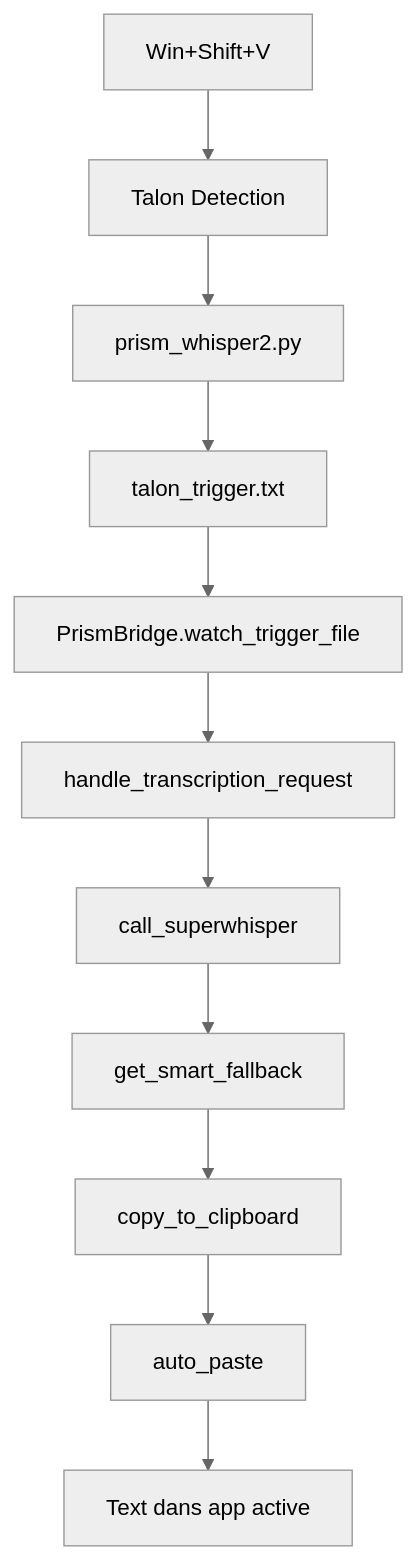
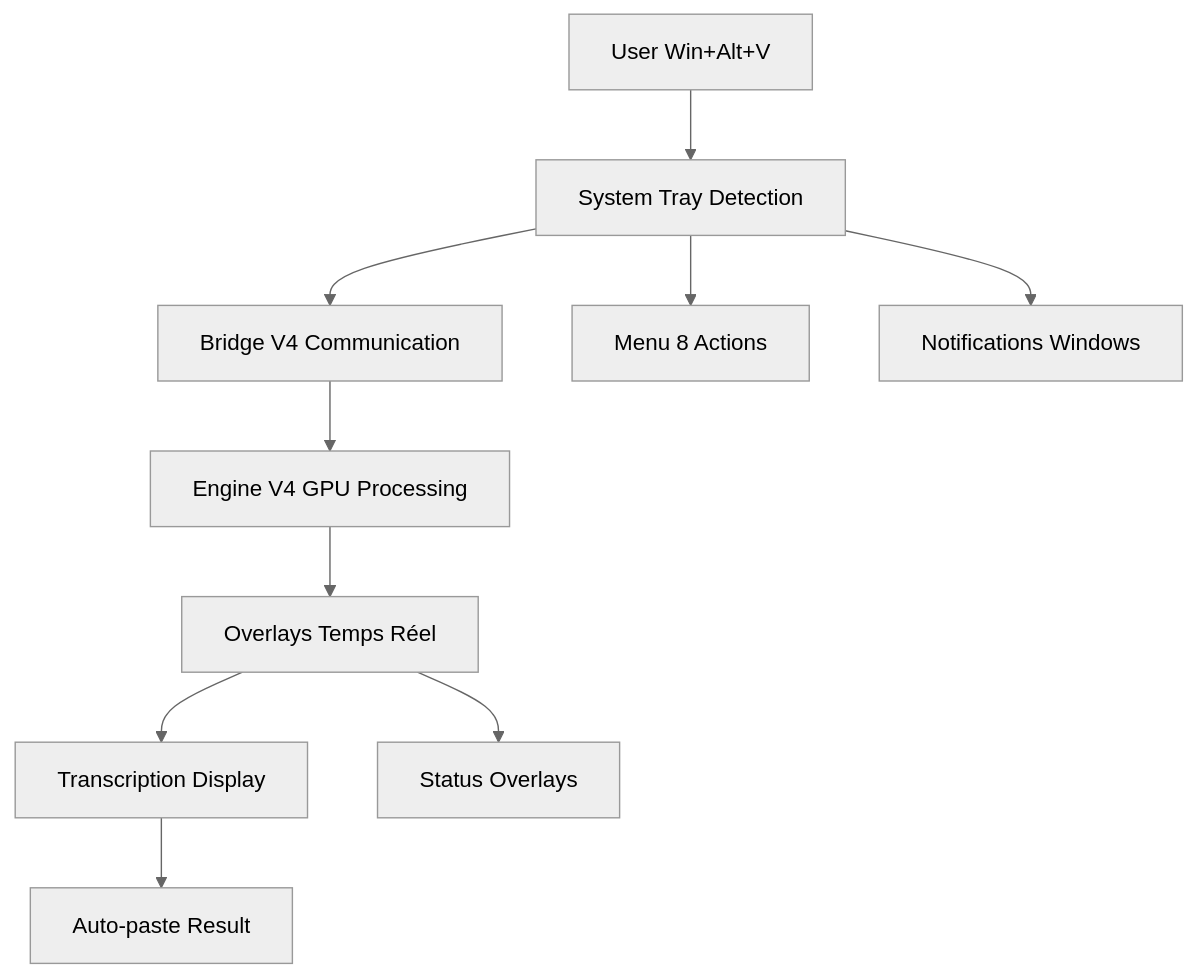
The diagram in suivi/SESSION_1_RAPPORT_TRAVAUX.md (KaizenCoder/Prism_whisper2), drawn with Mermaid (neutral theme) before and after one commit. The commit also changed other lines of this file and 14 other files, not shown here.

Commit message:
🏆 PHASE 2.1 + 2.2 TERMINÉES - System Tray + Overlays + Validation Terrain + Briefing Phase 3

````diff
--- a/suivi/SESSION_1_RAPPORT_TRAVAUX.md
+++ b/suivi/SESSION_1_RAPPORT_TRAVAUX.md
@@ -105,13 +158,13 @@
 ```mermaid
 graph TD
-    A[Win+Shift+V] --> B[Talon Detection]
-    B --> C[prism_whisper2.py]
-    C --> D[talon_trigger.txt]
-    D --> E[PrismBridge.watch_trigger_file]
-    E --> F[handle_transcription_request]
-    F --> G[call_superwhisper]
-    G --> H[get_smart_fallback]
-    H --> I[copy_to_clipboard]
-    I --> J[auto_paste]
-    J --> K[Text dans app active]
+    A[User Win+Alt+V] --> B[System Tray Detection]
+    B --> C[Bridge V4 Communication]  
+    C --> D[Engine V4 GPU Processing]
+    D --> E[Overlays Temps Réel]
+    E --> F[Transcription Display]
+    F --> G[Auto-paste Result]
+    
+    B --> H[Menu 8 Actions]
+    B --> I[Notifications Windows]
+    E --> J[Status Overlays]
 ```
````
